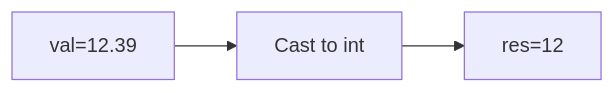
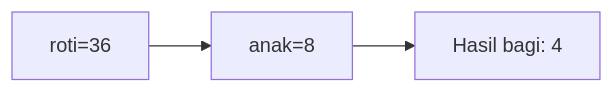
The eighth of 25 diagrams in part-c-pemahaman-cpp/01-tipe-data/latihan/set-08.md (amnahwaida/OSNK_INF_PREP), drawn with Mermaid before and after one commit. The commit also changed other lines of this file and 71 other files, not shown here.

````diff
--- a/part-c-pemahaman-cpp/01-tipe-data/latihan/set-08.md
+++ b/part-c-pemahaman-cpp/01-tipe-data/latihan/set-08.md
@@ -185,5 +221,5 @@
 ```mermaid
 graph LR
-A["val=12.39"] --> B["Cast to int"]
-B --> C["res=12"]
+A["roti=36"] --> B["anak=8"]
+B --> C["Hasil bagi: 4"]
 ```
````
